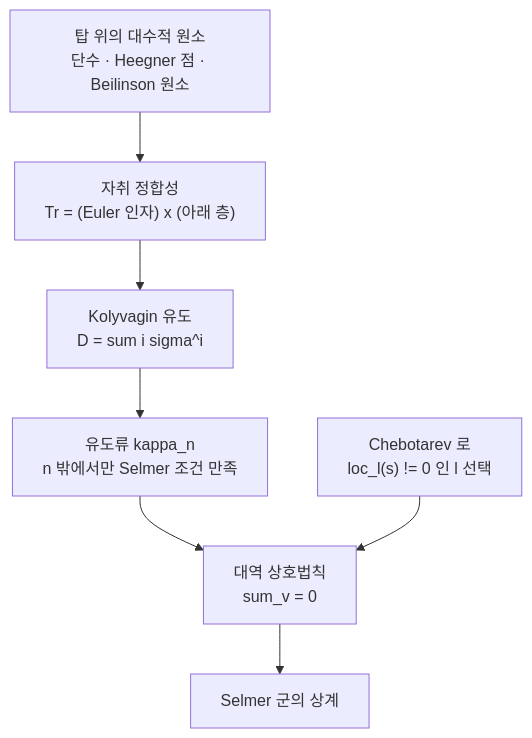
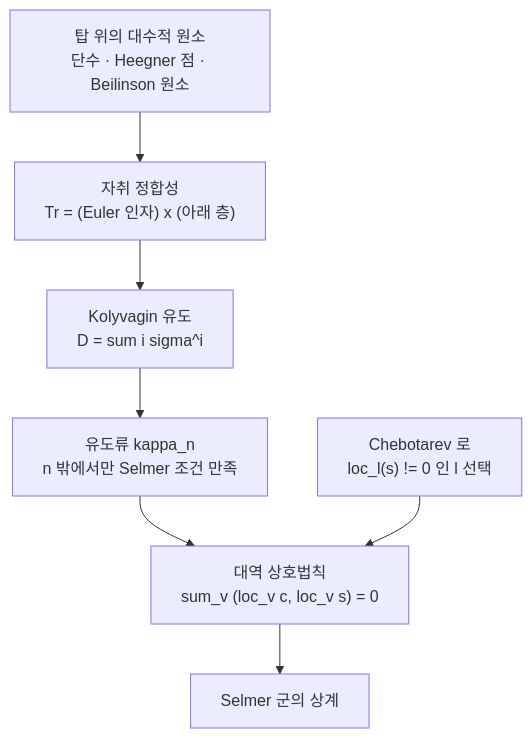
One commit to Phryxia/math-map changed the diagram in docs/euler-systems.md. Above: the diagram before and after it, drawn with Mermaid.

Commit message:
write the pairing in the euler-systems diagram with parentheses so mermaid does not read it as a tag
Claude-Session: https://claude.ai/code/session_01V5m4YLmp5sNCaddJUFKpHT

````diff
--- a/docs/euler-systems.md
+++ b/docs/euler-systems.md
@@ -89,11 +89,11 @@
 ```mermaid
 flowchart TD
   ALG["탑 위의 대수적 원소<br/>단수 · Heegner 점 · Beilinson 원소"]
   TR["자취 정합성<br/>Tr = (Euler 인자) x (아래 층)"]
   DER["Kolyvagin 유도<br/>D = sum i sigma^i"]
   KAP["유도류 kappa_n<br/>n 밖에서만 Selmer 조건 만족"]
-  REC["대역 상호법칙<br/>sum_v <loc_v c, loc_v s> = 0"]
+  REC["대역 상호법칙<br/>sum_v (loc_v c, loc_v s) = 0"]
   SEL["Selmer 군의 상계"]
   ALG --> TR --> DER --> KAP --> REC --> SEL
   CHE["Chebotarev 로<br/>loc_l(s) != 0 인 l 선택"] --> REC
 ```
````
